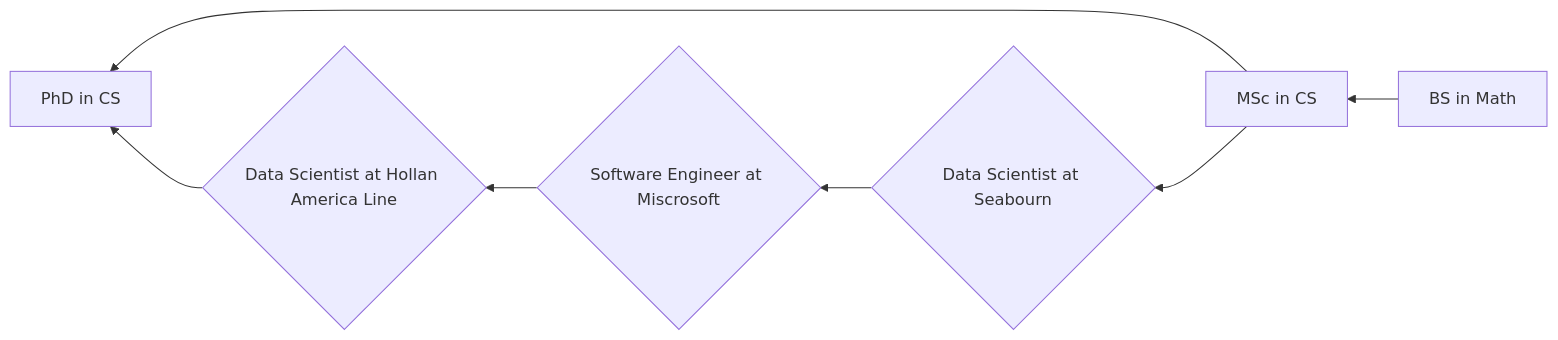
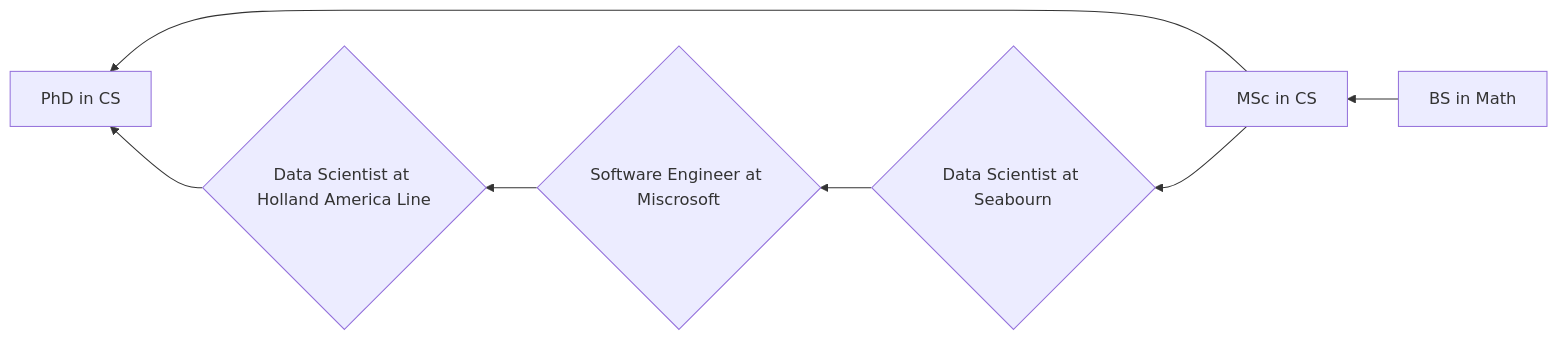
The diagram in README.md (LeyliG/LeyliG), drawn with Mermaid before and after one commit.

````diff
--- a/README.md
+++ b/README.md
@@ -35,9 +35,9 @@
 ```mermaid  
   flowchart RL
       A[BS in Math] --> B[MSc in CS];
       B --> C[PhD in CS];
       B --> D{Data Scientist at Seabourn};
       D --> E{Software Engineer at Miscrosoft};
-      E --> F{Data Scientist at Hollan America Line};
+      E --> F{Data Scientist at Holland America Line};
       F --> C;
 ```
````
